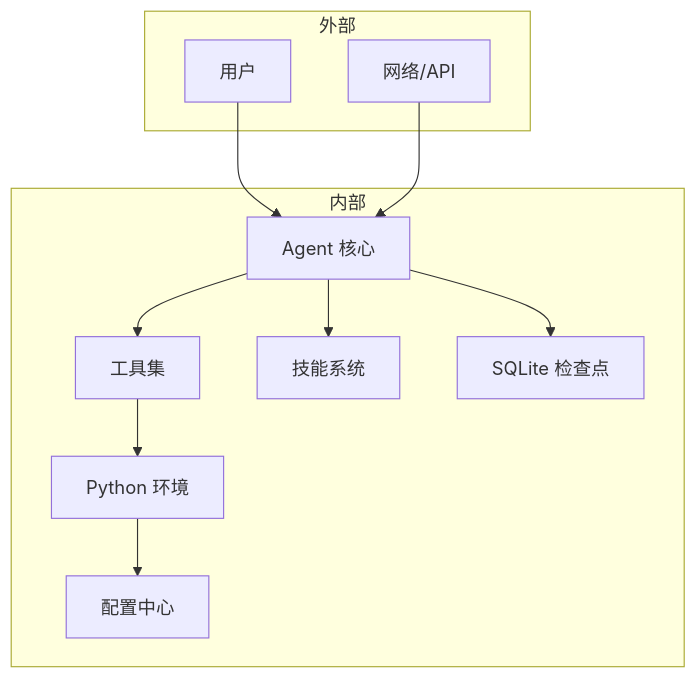
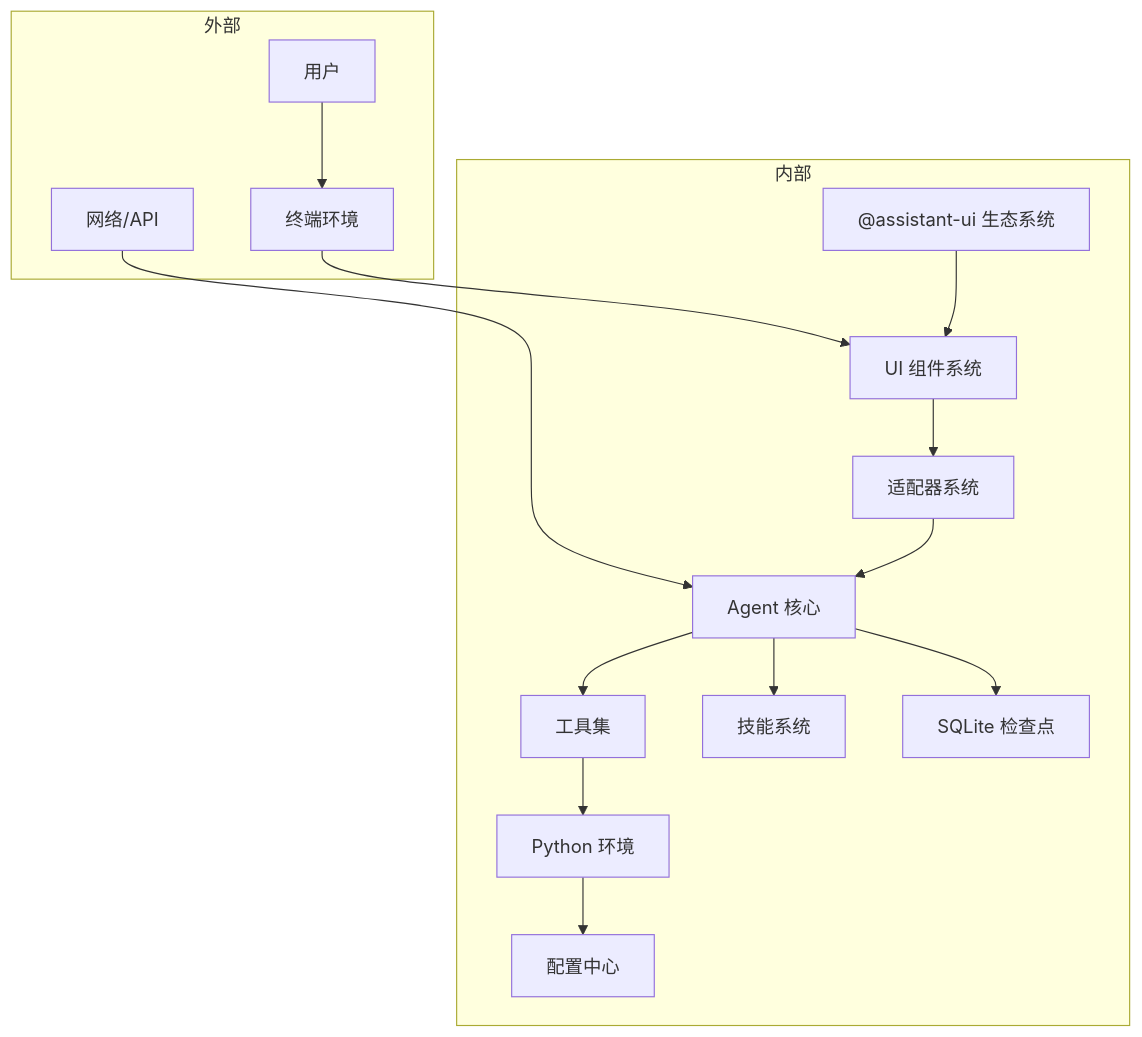
Before and after one commit to HAOFUYANG/onion-code: diagram 13 of 13 in .qoder/repowiki/zh/content/核心架构/核心架构.md, drawn with Mermaid. The commit also changed other lines of this file and 29 other files, not shown here.

````diff
--- a/.qoder/repowiki/zh/content/核心架构/核心架构.md
+++ b/.qoder/repowiki/zh/content/核心架构/核心架构.md
@@ -453,22 +622,29 @@
 ```mermaid
 graph TB
 subgraph "外部"
 User["用户"]
 Network["网络/API"]
+Terminal["终端环境"]
 end
 subgraph "内部"
 Agent["Agent 核心"]
+UI["UI 组件系统"]
+Adapter["适配器系统"]
 Tools["工具集"]
 Skills["技能系统"]
 Checkpoint["SQLite 检查点"]
 PyEnv["Python 环境"]
 Config["配置中心"]
+AssistantUI["@assistant-ui 生态系统"]
 end
-User --> Agent
+User --> Terminal --> UI
 Network --> Agent
+AssistantUI --> UI
+UI --> Adapter
+Adapter --> Agent
 Agent --> Tools
 Agent --> Skills
 Agent --> Checkpoint
 Tools --> PyEnv
 PyEnv --> Config
 ```
````
